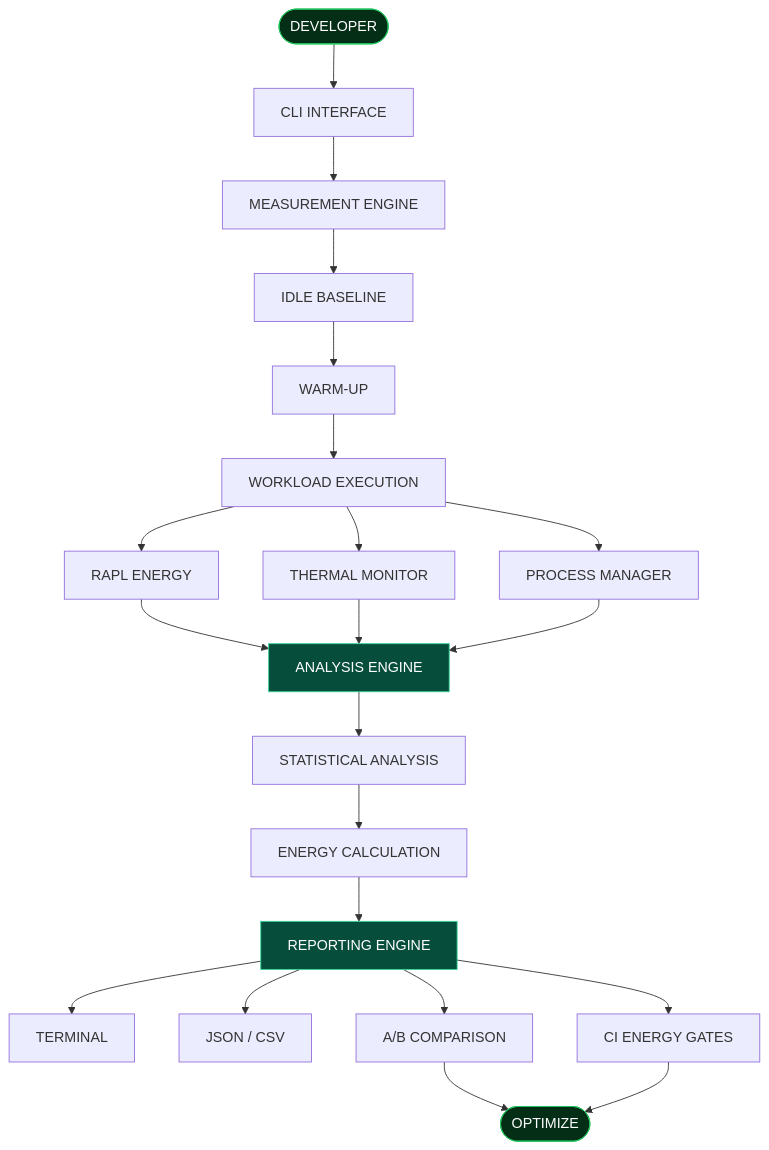
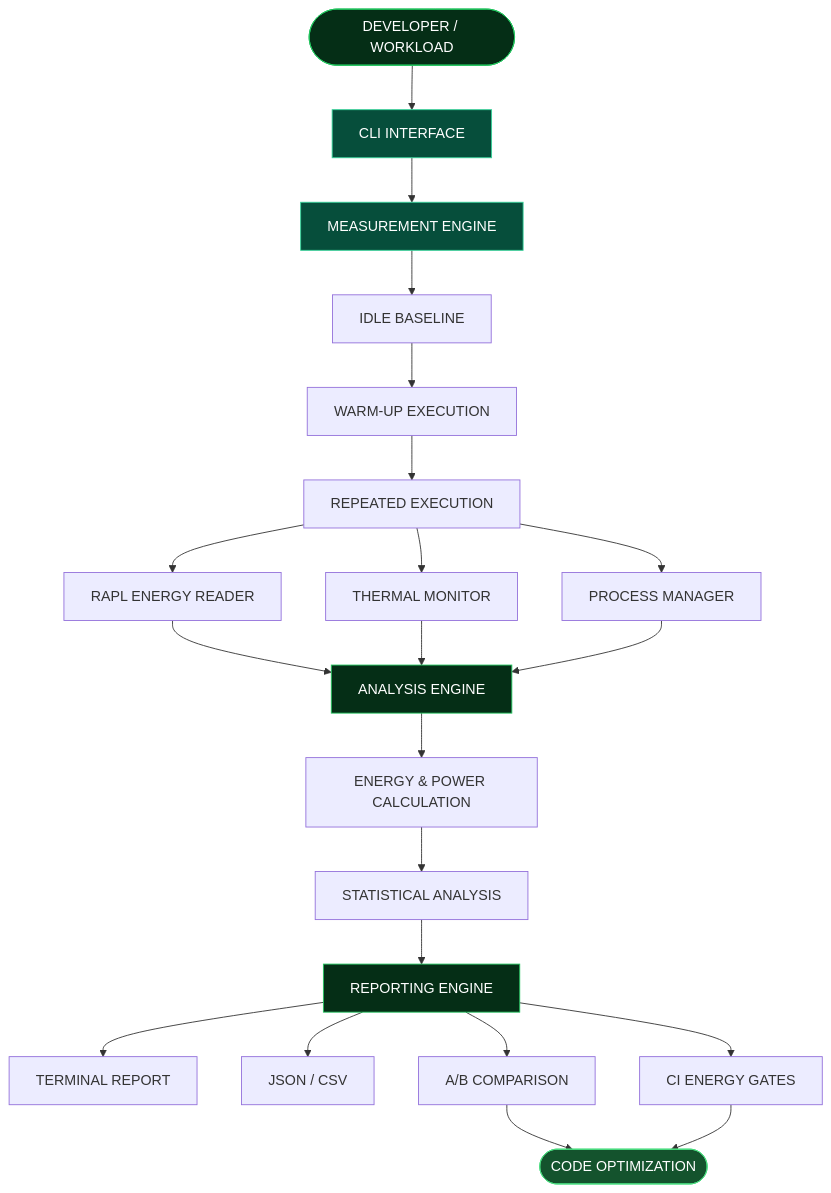
One commit to vikas468368-star/8DoTs changed the diagram in README.md. Above: the diagram before and after it, drawn with Mermaid. The commit also changed other lines of this file, not shown here.

````diff
--- a/README.md
+++ b/README.md
@@ -63,35 +80,37 @@
 ```mermaid
 flowchart TD
-    A(["DEVELOPER"]) --> B["CLI INTERFACE"]
+    A(["DEVELOPER / WORKLOAD"]) --> B["CLI INTERFACE"]
     B --> C["MEASUREMENT ENGINE"]
 
     C --> D["IDLE BASELINE"]
-    D --> E["WARM-UP"]
-    E --> F["WORKLOAD EXECUTION"]
+    D --> E["WARM-UP EXECUTION"]
+    E --> F["REPEATED EXECUTION"]
 
-    F --> G["RAPL ENERGY"]
+    F --> G["RAPL ENERGY READER"]
     F --> H["THERMAL MONITOR"]
     F --> I["PROCESS MANAGER"]
 
     G --> J["ANALYSIS ENGINE"]
     H --> J
     I --> J
 
-    J --> K["STATISTICAL ANALYSIS"]
-    K --> L["ENERGY CALCULATION"]
+    J --> K["ENERGY & POWER CALCULATION"]
+    K --> L["STATISTICAL ANALYSIS"]
 
     L --> M["REPORTING ENGINE"]
 
-    M --> N["TERMINAL"]
+    M --> N["TERMINAL REPORT"]
     M --> O["JSON / CSV"]
     M --> P["A/B COMPARISON"]
     M --> Q["CI ENERGY GATES"]
 
-    P --> R(["OPTIMIZE"])
+    P --> R(["CODE OPTIMIZATION"])
     Q --> R
 
-    style A fill:#052e16,color:#fff,stroke:#22c55e
-    style R fill:#052e16,color:#fff,stroke:#22c55e
-    style J fill:#064e3b,color:#fff,stroke:#34d399
-    style M fill:#064e3b,color:#fff,stroke:#34d399
+    style A fill:#052e16,color:#ffffff,stroke:#22c55e
+    style B fill:#064e3b,color:#ffffff,stroke:#34d399
+    style C fill:#064e3b,color:#ffffff,stroke:#34d399
+    style J fill:#052e16,color:#ffffff,stroke:#22c55e
+    style M fill:#052e16,color:#ffffff,stroke:#22c55e
+    style R fill:#14532d,color:#ffffff,stroke:#4ade80
 ```
````
